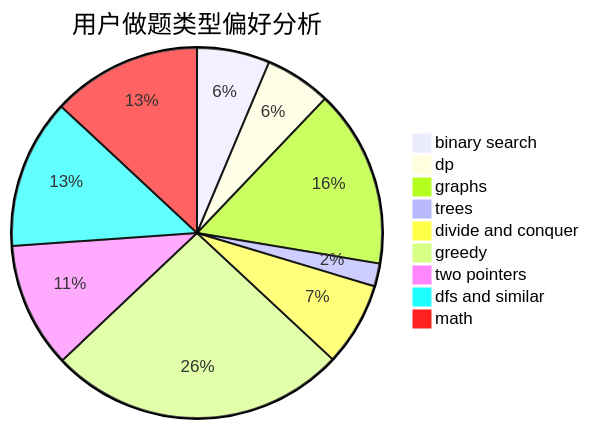
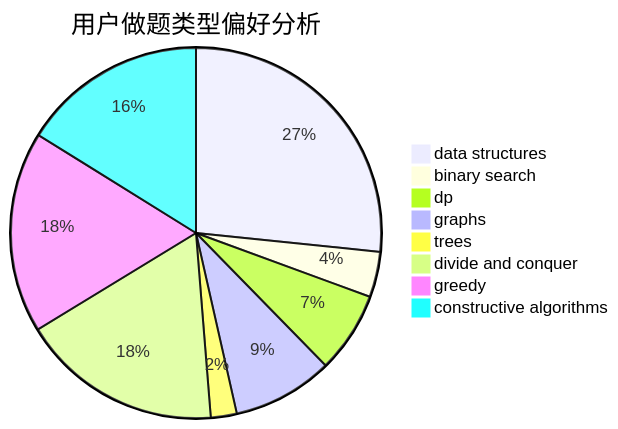
The second of 3 diagrams in docs/user/u401.md (sherpahu/cfrs.github.io), drawn with Mermaid before and after one commit. The commit also changed other lines of this file and 2775 other files, not shown here.

````diff
--- a/docs/user/u401.md
+++ b/docs/user/u401.md
@@ -23,12 +23,11 @@
 ```mermaid
 pie title 用户做题类型偏好分析
-    "binary search" :  54
-    "dp" :  49
-    "graphs" :  132
-    "trees" :  17
+    "data structures" :  94
+    "binary search" :  14
+    "dp" :  25
+    "graphs" :  31
+    "trees" :  8
     "divide and conquer" :  62
-    "greedy" :  221
-    "two pointers" :  93
-    "dfs and similar" :  111
-    "math" :  111
+    "greedy" :  62
+    "constructive algorithms" :  57
 ```
````
